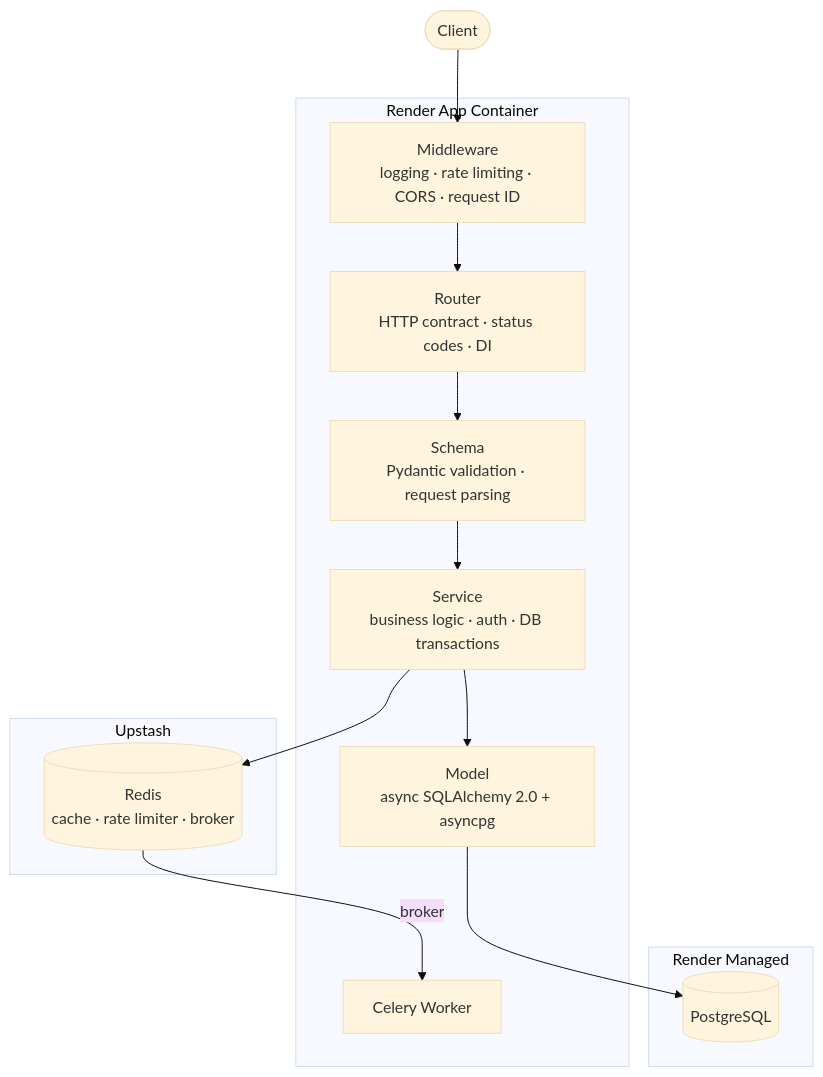
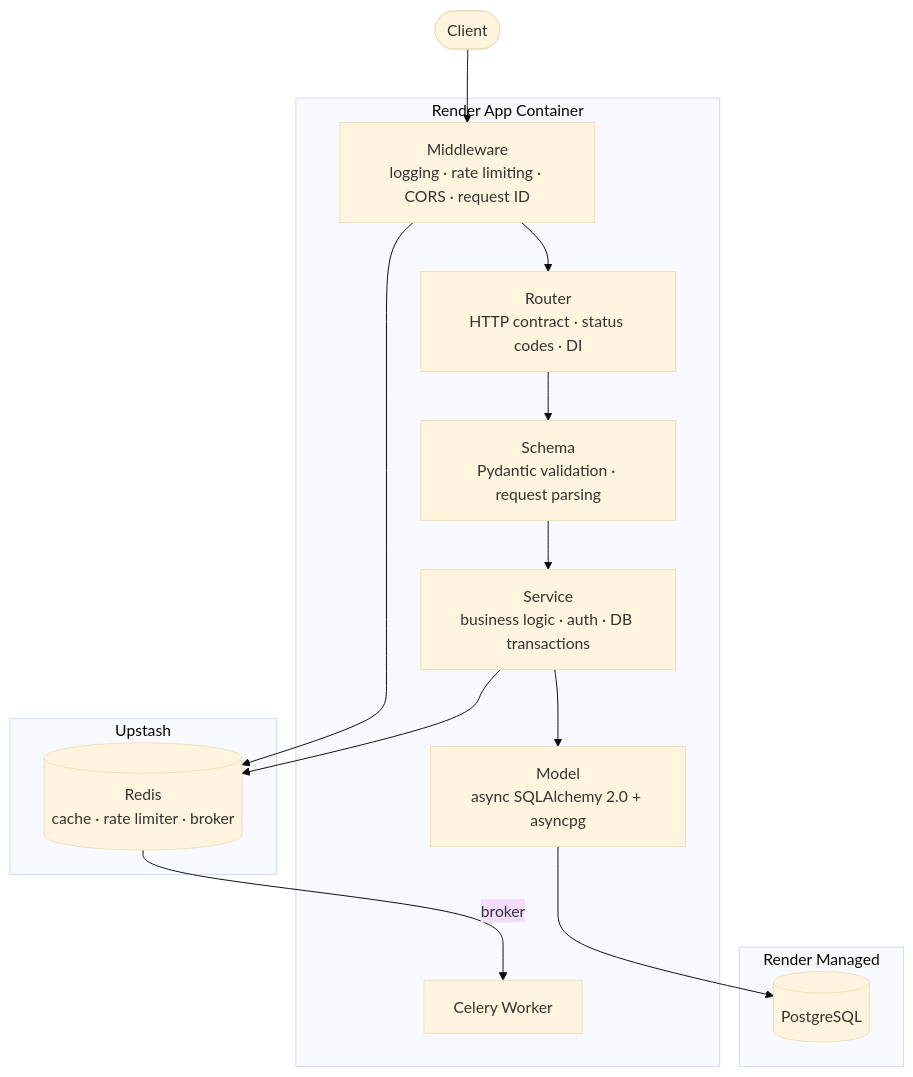
Before and after one commit to anasmohamed05221/E-Commerce: the first of 2 diagrams in README.md, drawn with Mermaid (base theme). The commit also changed other lines of this file, not shown here.

Commit message:
docs: fix system design to show middleware accesses Redis for rate limiting

````diff
--- a/README.md
+++ b/README.md
@@ -88,26 +88,27 @@
 ```mermaid
 flowchart TD
     Client([Client])
 
     subgraph Render App Container
         MW[Middleware\nlogging · rate limiting · CORS · request ID]
         Router[Router\nHTTP contract · status codes · DI]
         Schema[Schema\nPydantic validation · request parsing]
         Service[Service\nbusiness logic · auth · DB transactions]
         Model[Model\nasync SQLAlchemy 2.0 + asyncpg]
         Worker[Celery Worker]
     end
 
     subgraph Render Managed
         PG[(PostgreSQL)]
     end
 
     subgraph Upstash
         Redis[(Redis\ncache · rate limiter · broker)]
     end
 
     Client --> MW
+    MW --> Redis
     MW --> Router --> Schema --> Service --> Model --> PG
     Service --> Redis
     Redis -->|broker| Worker
 ```
````
